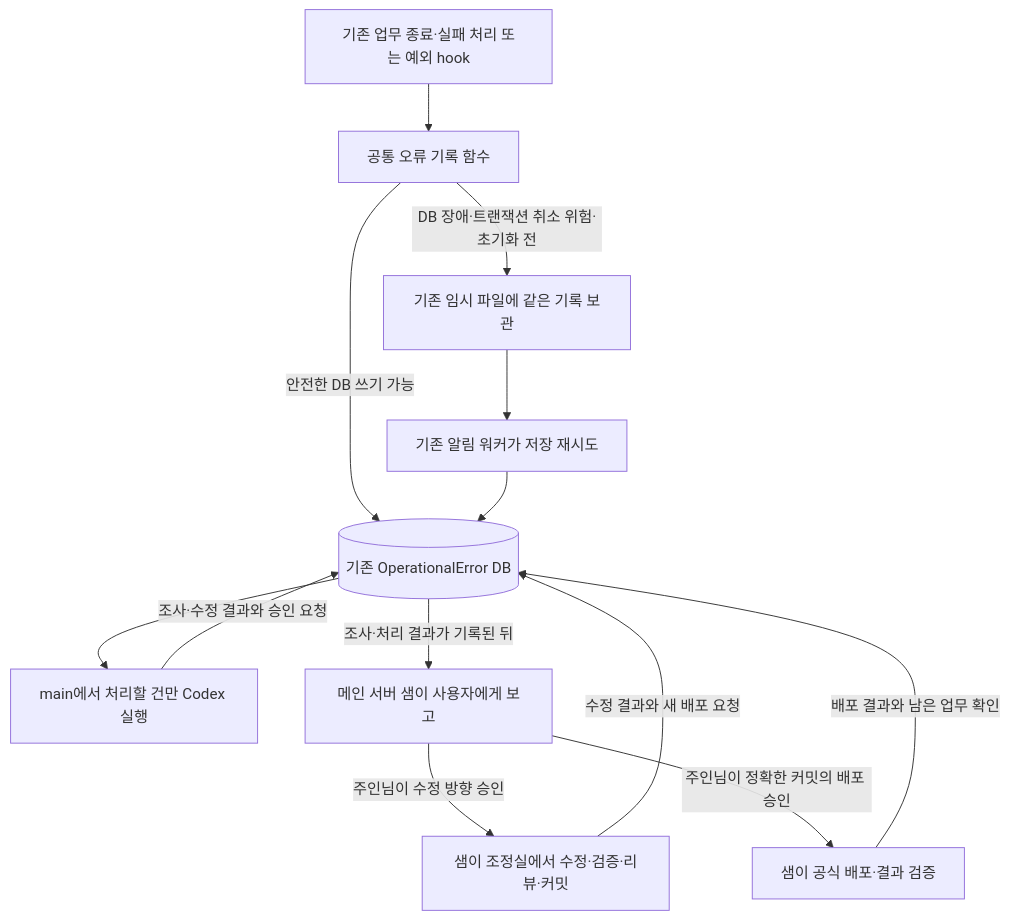
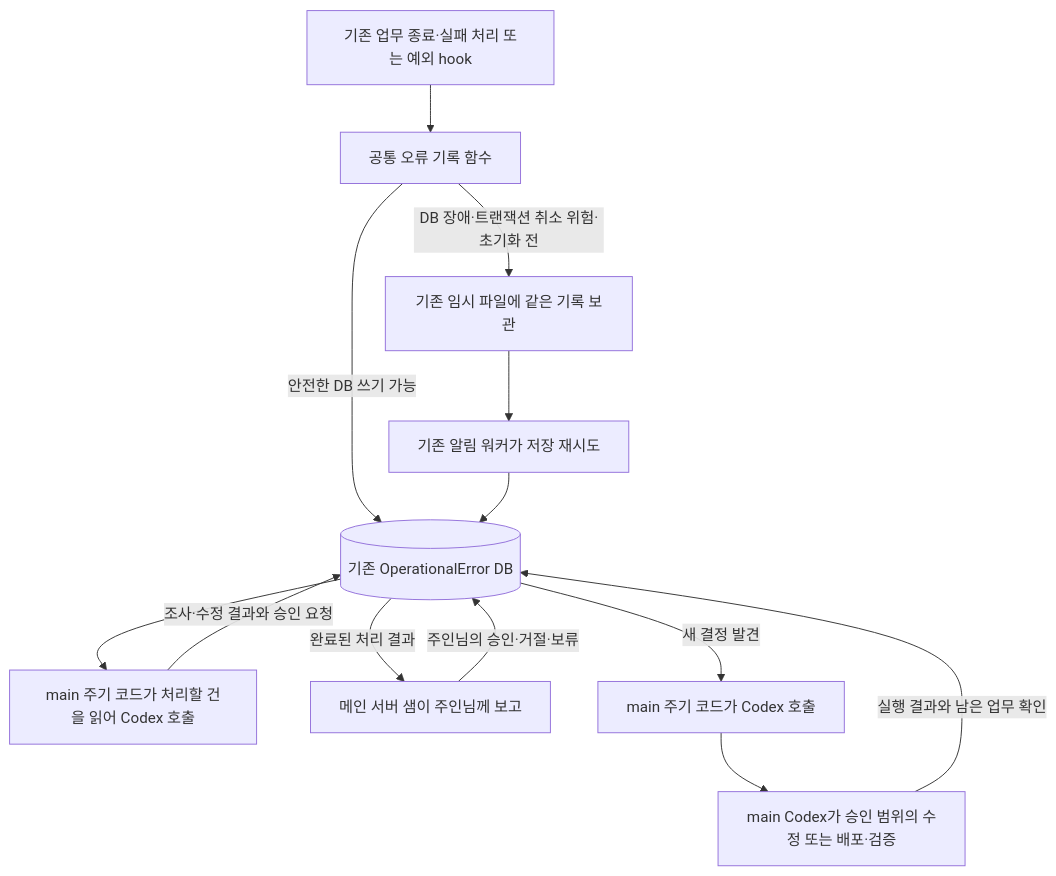
The diagram in exdigm/docs/operational-error-triage-repair-policy-20260918.md (chaconne67/controlroom), drawn with Mermaid before and after one commit. The commit also changed other lines of this file and 3 other files, not shown here.

````diff
--- a/exdigm/docs/operational-error-triage-repair-policy-20260918.md
+++ b/exdigm/docs/operational-error-triage-repair-policy-20260918.md
@@ -40,15 +40,15 @@
 ```mermaid
 flowchart TD
     A[기존 업무 종료·실패 처리 또는 예외 hook] --> B[공통 오류 기록 함수]
     B -->|안전한 DB 쓰기 가능| D[(기존 OperationalError DB)]
     B -->|DB 장애·트랜잭션 취소 위험·초기화 전| C[기존 임시 파일에 같은 기록 보관]
     C --> E[기존 알림 워커가 저장 재시도]
     E --> D
-    D --> F[main에서 처리할 건만 Codex 실행]
+    D --> F[main 주기 코드가 처리할 건을 읽어 Codex 호출]
     F -->|조사·수정 결과와 승인 요청| D
-    D -->|조사·처리 결과가 기록된 뒤| G[메인 서버 샘이 사용자에게 보고]
-    G -->|주인님이 수정 방향 승인| H[샘이 조정실에서 수정·검증·리뷰·커밋]
-    H -->|수정 결과와 새 배포 요청| D
-    G -->|주인님이 정확한 커밋의 배포 승인| I[샘이 공식 배포·결과 검증]
-    I -->|배포 결과와 남은 업무 확인| D
+    D -->|완료된 처리 결과| G[메인 서버 샘이 주인님께 보고]
+    G -->|주인님의 승인·거절·보류| D
+    D -->|새 결정 발견| H[main 주기 코드가 Codex 호출]
+    H --> I[main Codex가 승인 범위의 수정 또는 배포·검증]
+    I -->|실행 결과와 남은 업무 확인| D
 ```
````
